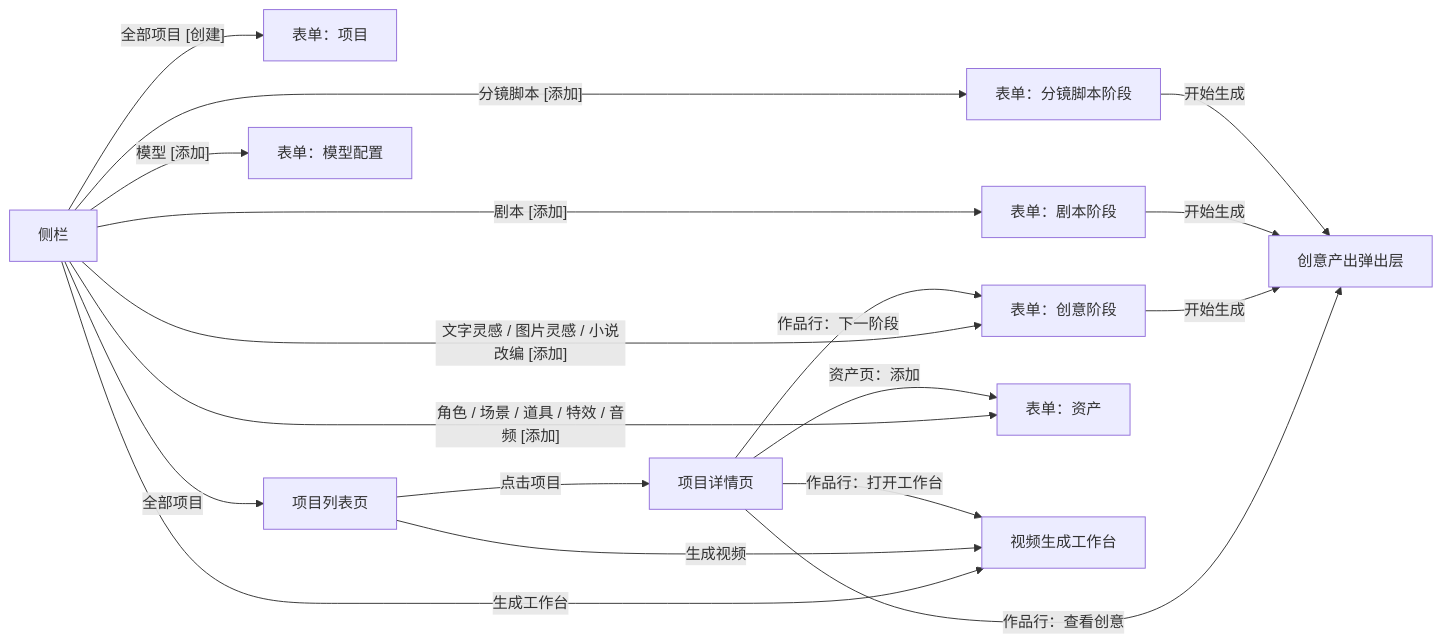
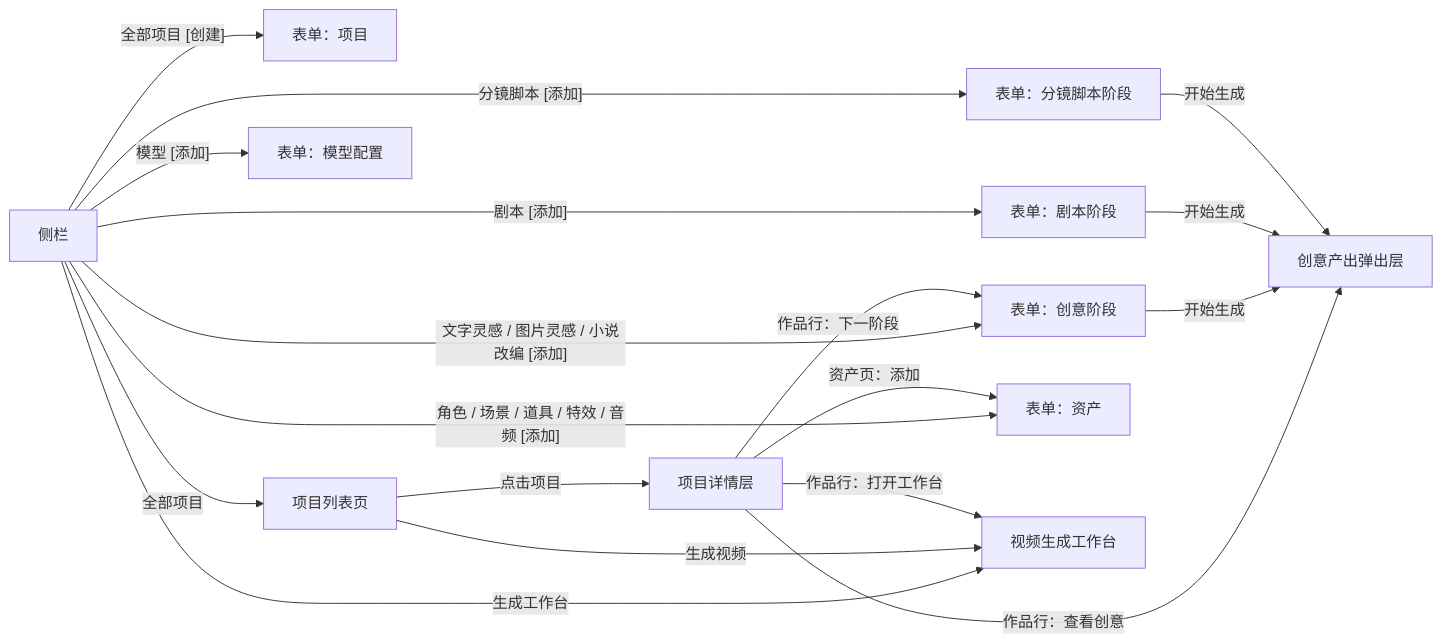
The diagram in docs/page-form-design.md (sengbin/ai-video-studio), drawn with Mermaid before and after one commit. The commit also changed other lines of this file and 14 other files, not shown here.

````diff
--- a/docs/page-form-design.md
+++ b/docs/page-form-design.md
@@ -9,20 +9,20 @@
 ```mermaid
 flowchart LR
   SB["侧栏"] -->|"全部项目 [创建]"| F1["表单：项目"]
   SB -->|"全部项目"| PL["项目列表页"]
   SB -->|"文字灵感 / 图片灵感 / 小说改编 [添加]"| F3["表单：创意阶段"]
   SB -->|"剧本 [添加]"| F4["表单：剧本阶段"]
   SB -->|"分镜脚本 [添加]"| F5["表单：分镜脚本阶段"]
   SB -->|"角色 / 场景 / 道具 / 特效 / 音频 [添加]"| F6["表单：资产"]
   SB -->|"模型 [添加]"| F7["表单：模型配置"]
   SB -->|"生成工作台"| WB["视频生成工作台"]
-  PL -->|"点击项目"| PD["项目详情页"]
+  PL -->|"点击项目"| PD["项目详情层"]
   PL -->|"生成视频"| WB
   PD -->|"作品行：下一阶段"| F3
   PD -->|"作品行：打开工作台"| WB
   PD -->|"资产页：添加"| F6
   PD -->|"作品行：查看创意"| RV["创意产出弹出层"]
   F3 -->|"开始生成"| RV
   F4 -->|"开始生成"| RV
   F5 -->|"开始生成"| RV
 ```
````
